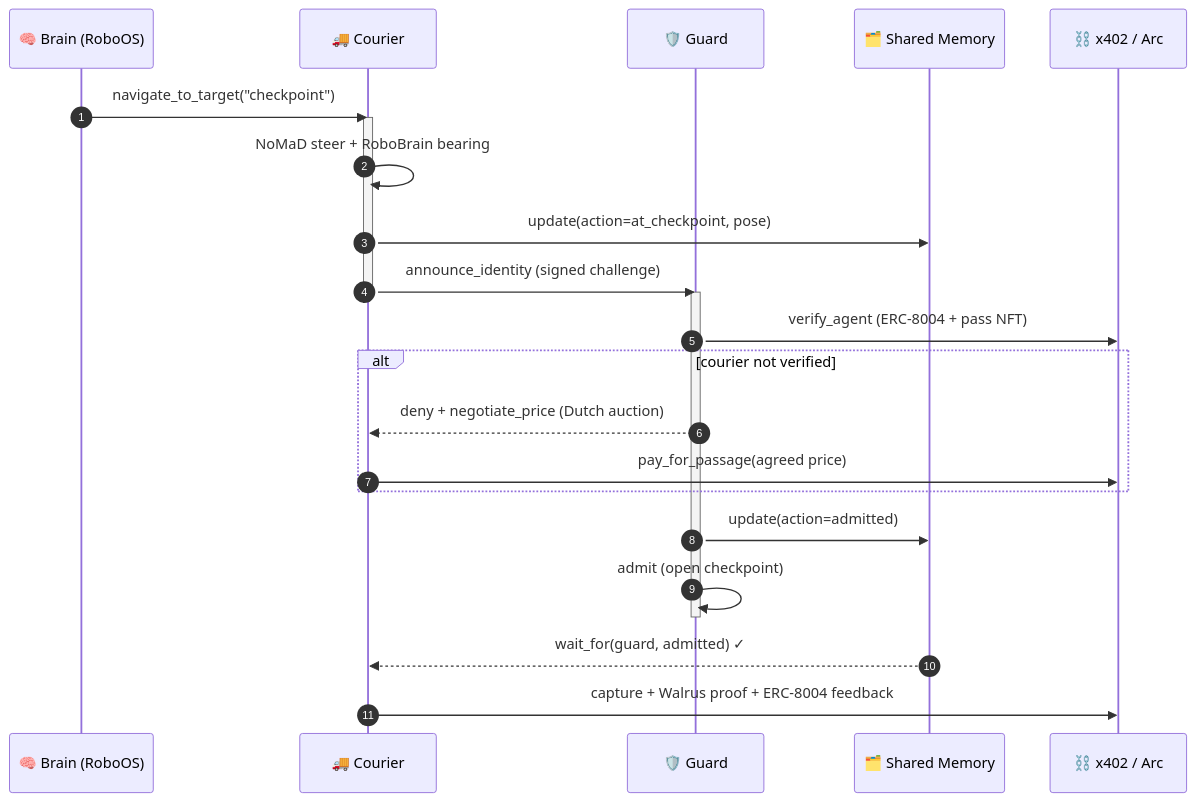
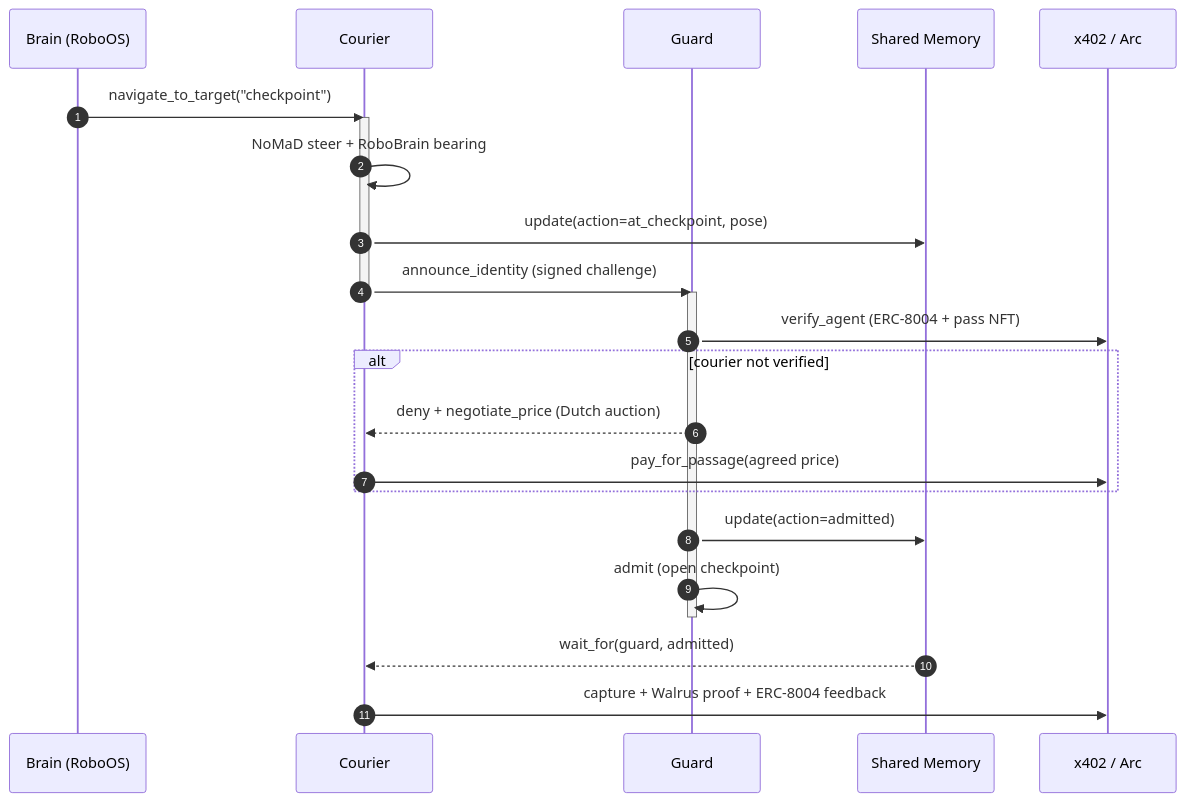
One commit to 0xSoftBoi/onchain-rover-solana changed the fourth of 4 diagrams in ROBOTICS.md. Above: the diagram before and after it, drawn with Mermaid. The commit also changed other lines of this file and 31 other files, not shown here.

Commit message:
Update Clanker500 docs and show flow

````diff
--- a/ROBOTICS.md
+++ b/ROBOTICS.md
@@ -160,26 +173,26 @@
 ```mermaid
 sequenceDiagram
     autonumber
-    participant B as 🧠 Brain (RoboOS)
-    participant C as 🚚 Courier
-    participant G as 🛡️ Guard
-    participant M as 🗂️ Shared Memory
-    participant X as ⛓️ x402 / Arc
+    participant B as Brain (RoboOS)
+    participant C as Courier
+    participant G as Guard
+    participant M as Shared Memory
+    participant X as x402 / Arc
     B->>C: navigate_to_target("checkpoint")
     activate C
     C->>C: NoMaD steer + RoboBrain bearing
     C->>M: update(action=at_checkpoint, pose)
     C->>G: announce_identity (signed challenge)
     deactivate C
     activate G
     G->>X: verify_agent (ERC-8004 + pass NFT)
     alt courier not verified
         G-->>C: deny + negotiate_price (Dutch auction)
         C->>X: pay_for_passage(agreed price)
     end
     G->>M: update(action=admitted)
     G->>G: admit (open checkpoint)
     deactivate G
-    M-->>C: wait_for(guard, admitted) ✓
+    M-->>C: wait_for(guard, admitted)
     C->>X: capture + Walrus proof + ERC-8004 feedback
 ```
````
